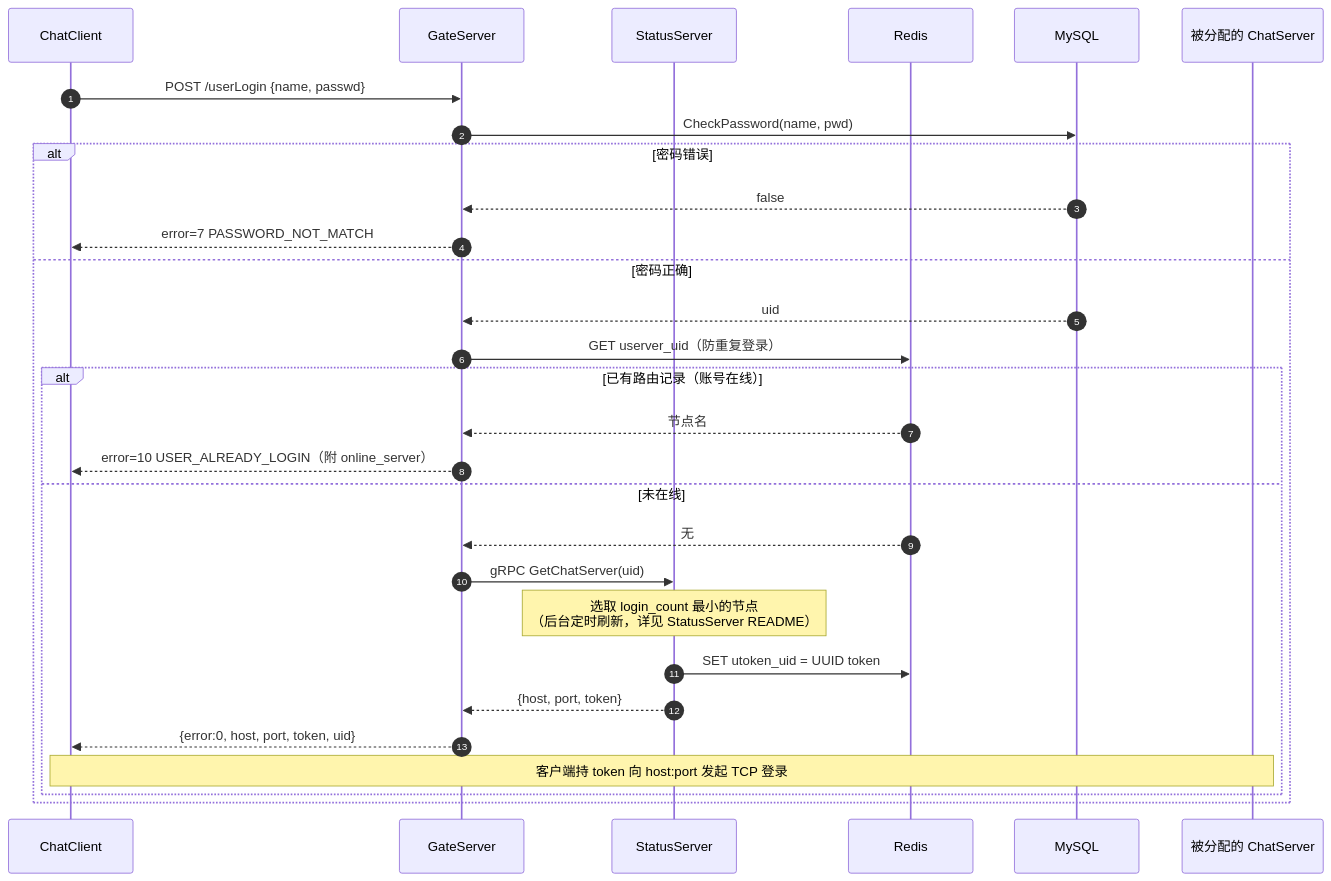
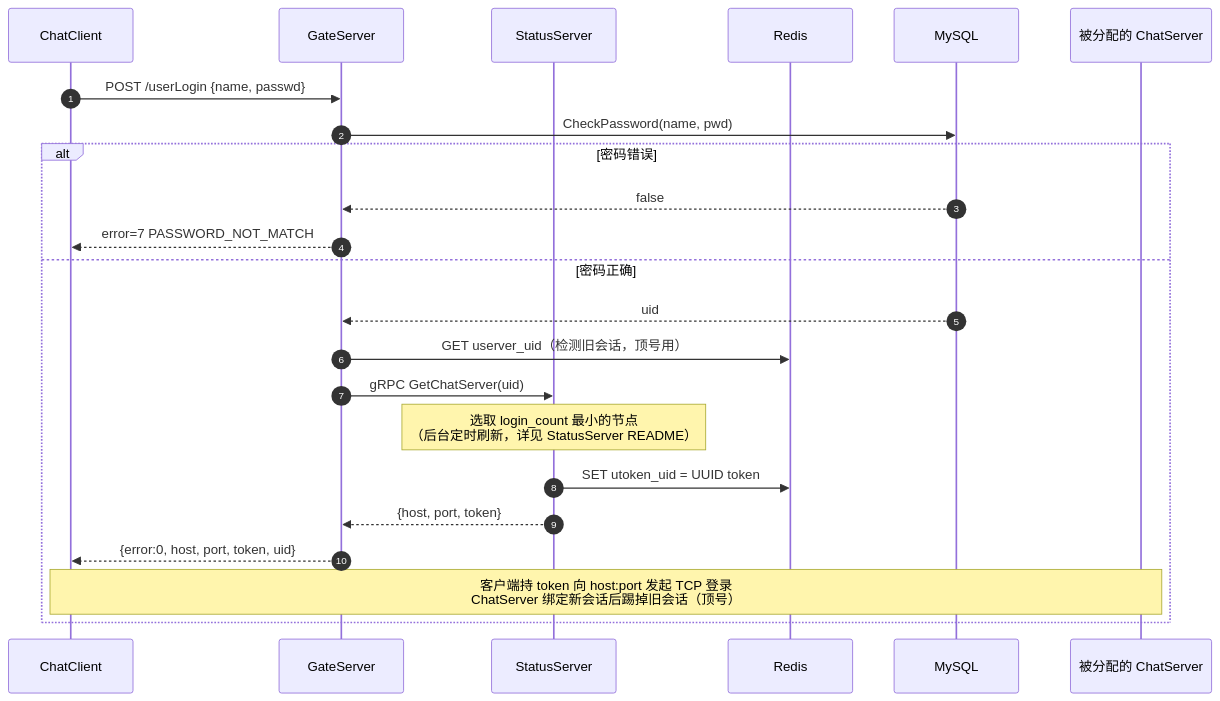
The fourth of 4 diagrams in Servers/GateServer/README.md (codeT2001/MyChat), drawn with Mermaid before and after one commit. The commit also changed other lines of this file and 13 other files, not shown here.

````diff
--- a/Servers/GateServer/README.md
+++ b/Servers/GateServer/README.md
@@ -136,32 +136,26 @@
 ```mermaid
 sequenceDiagram
     autonumber
     participant C as ChatClient
     participant G as GateServer
     participant S as StatusServer
     participant R as Redis
     participant DB as MySQL
     participant CS as 被分配的 ChatServer
 
     C->>G: POST /userLogin {name, passwd}
     G->>DB: CheckPassword(name, pwd)
     alt 密码错误
         DB-->>G: false
         G-->>C: error=7 PASSWORD_NOT_MATCH
     else 密码正确
         DB-->>G: uid
-        G->>R: GET userver_uid（防重复登录）
-        alt 已有路由记录（账号在线）
-            R-->>G: 节点名
-            G-->>C: error=10 USER_ALREADY_LOGIN（附 online_server）
-        else 未在线
-            R-->>G: 无
-            G->>S: gRPC GetChatServer(uid)
-            Note over S: 选取 login_count 最小的节点<br/>（后台定时刷新，详见 StatusServer README）
-            S->>R: SET utoken_uid = UUID token
-            S-->>G: {host, port, token}
-            G-->>C: {error:0, host, port, token, uid}
-            Note over C,CS: 客户端持 token 向 host:port 发起 TCP 登录
-        end
+        G->>R: GET userver_uid（检测旧会话，顶号用）
+        G->>S: gRPC GetChatServer(uid)
+        Note over S: 选取 login_count 最小的节点<br/>（后台定时刷新，详见 StatusServer README）
+        S->>R: SET utoken_uid = UUID token
+        S-->>G: {host, port, token}
+        G-->>C: {error:0, host, port, token, uid}
+        Note over C,CS: 客户端持 token 向 host:port 发起 TCP 登录<br/>ChatServer 绑定新会话后踢掉旧会话（顶号）
     end
 ```
````
